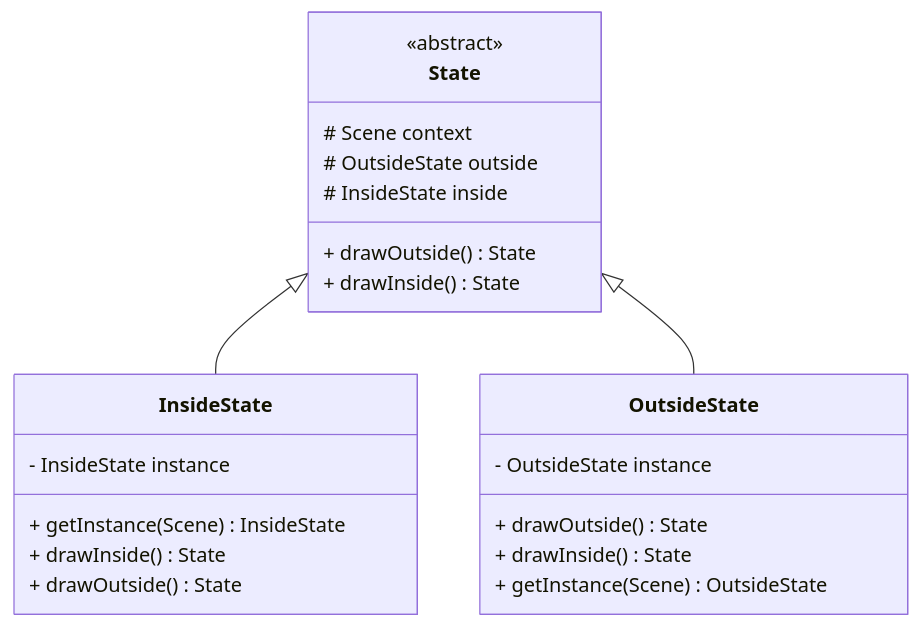
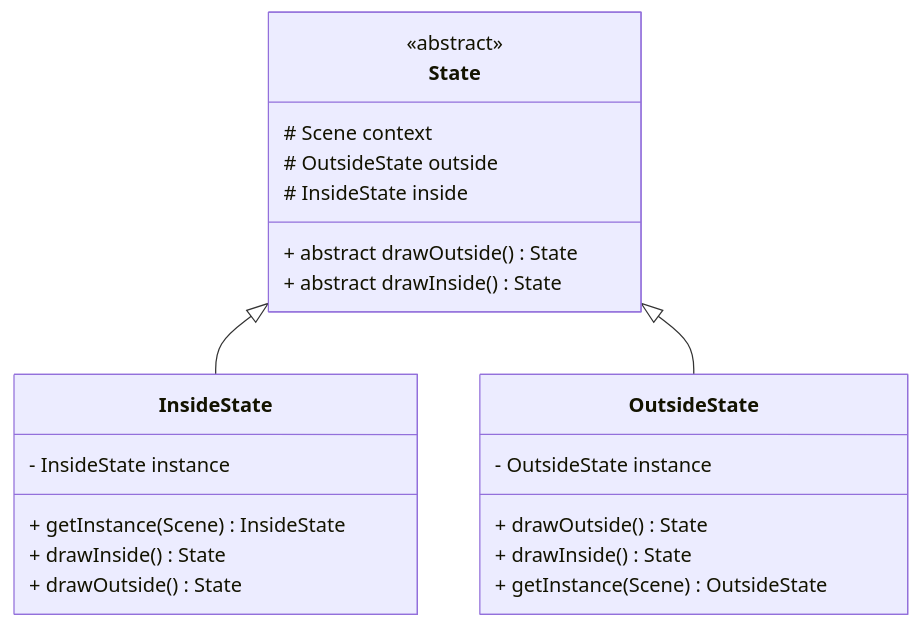
The diagram in src/lab0/graphicState/uml.md (OlePearse-Danker/haw_pr2_lab_reload), drawn with Mermaid before and after one commit. The commit also changed 2 other files, not shown here.

Commit message:
changes to uml diagram

`````diff
--- a/src/lab0/graphicState/uml.md
+++ b/src/lab0/graphicState/uml.md
@@ -7,29 +7,29 @@
 ````mermaid
 classDiagram
 direction BT
 class InsideState {
   - InsideState instance
   + getInstance(Scene) InsideState
   + drawInside() State
   + drawOutside() State
 }
 class OutsideState {
   - OutsideState instance
   + drawOutside() State
   + drawInside() State
   + getInstance(Scene) OutsideState
 }
 
 class State {
     <<abstract>>
   # Scene context
   # OutsideState outside
   # InsideState inside
-  + drawOutside() State
-  + drawInside() State
+  + abstract drawOutside() State
+  + abstract drawInside() State
 }
 
 InsideState  --|>  State 
 OutsideState  --|>  State 
 
 ````
`````
